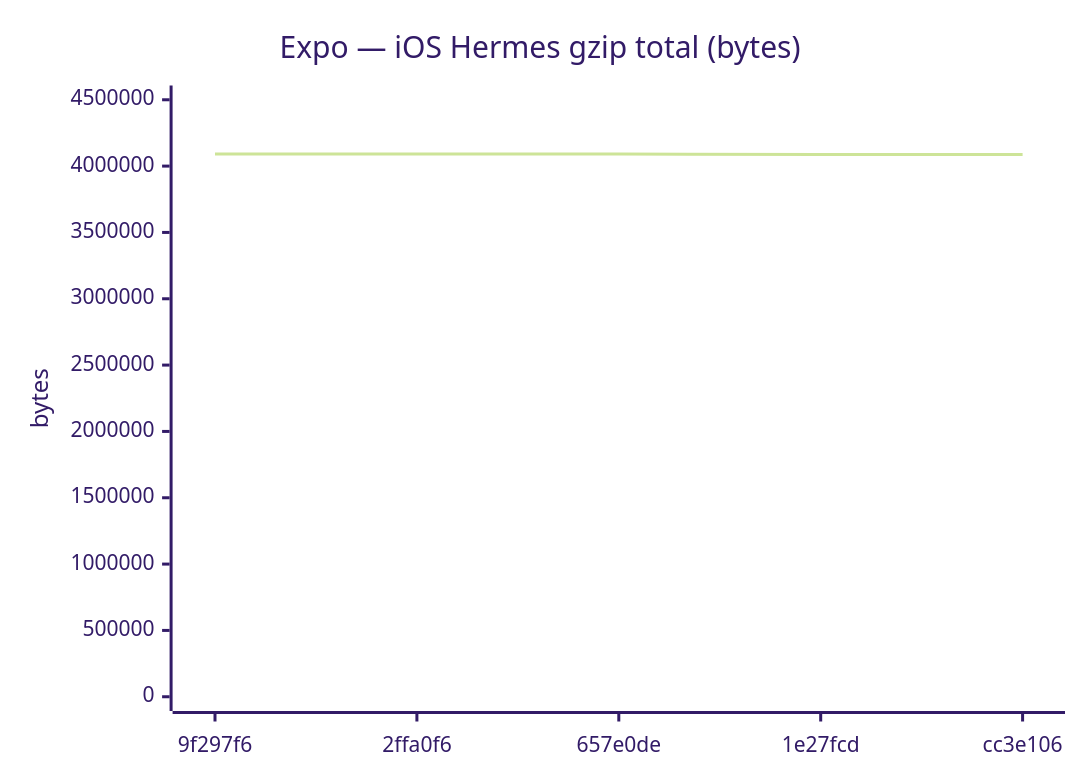
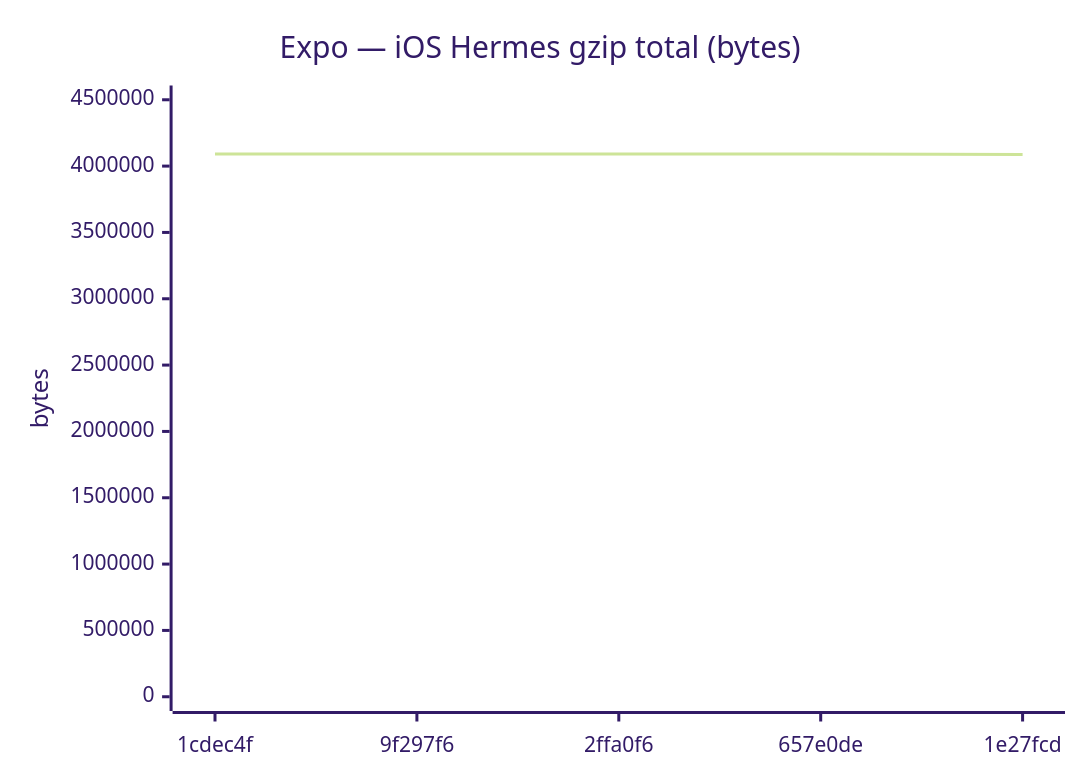
Before and after one commit to Metaheurist/Rianell: diagram 12 of 18 in benchmarks/compare.md, drawn with Mermaid (forest theme). The commit also changed other lines of this file and 11 other files, not shown here.

````diff
--- a/benchmarks/compare.md
+++ b/benchmarks/compare.md
@@ -179,7 +179,7 @@
 ```mermaid
 xychart-beta
     title "Expo — iOS Hermes gzip total (bytes)"
-    x-axis ["9f297f6", "2ffa0f6", "657e0de", "1e27fcd", "cc3e106"]
+    x-axis ["1cdec4f", "9f297f6", "2ffa0f6", "657e0de", "1e27fcd"]
     y-axis "bytes" 0 --> 4500158
-    line [4091052, 4091051, 4090884, 4087417, 4087412]
+    line [4091052, 4091052, 4091051, 4090884, 4087417]
 ```
````
